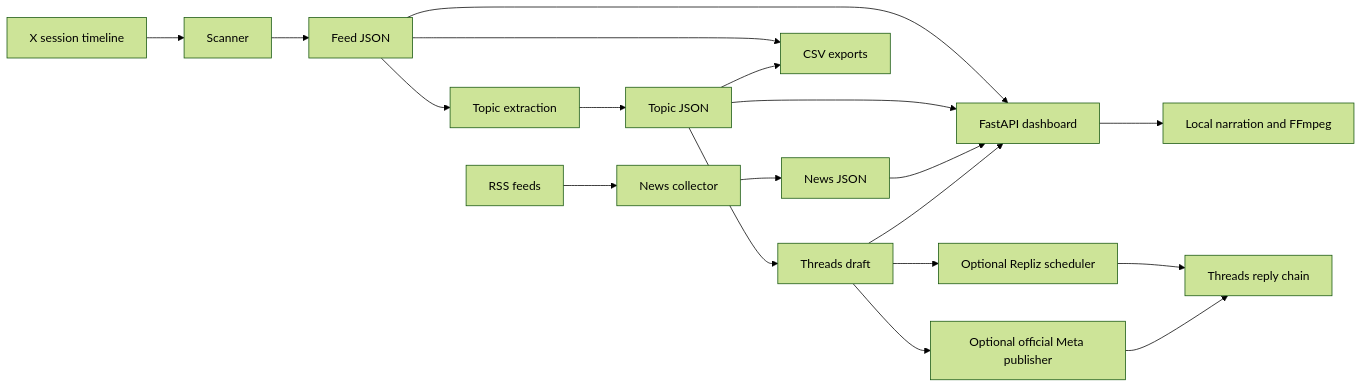
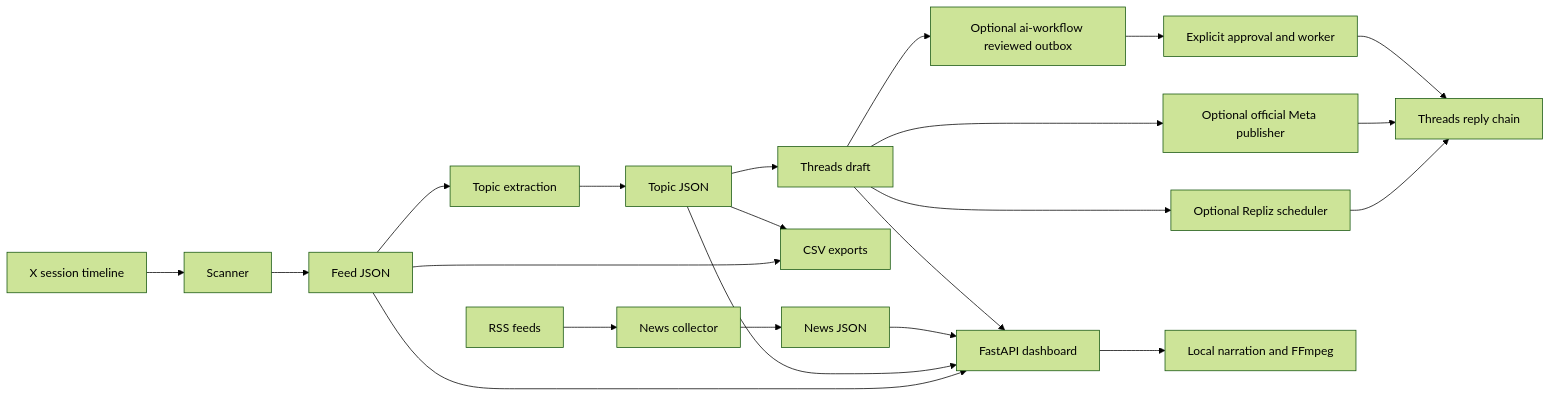
The diagram in docs/architecture.md (israhabibi/techbro-pipeline), drawn with Mermaid (forest theme) before and after one commit. The commit also changed 15 other files, not shown here.

Commit message:
feat: integrate reviewed AI workflow publishing and daily shortcuts

````diff
--- a/docs/architecture.md
+++ b/docs/architecture.md
@@ -3,21 +3,24 @@
 ```mermaid
 flowchart LR
   X[X session timeline] --> Scan[Scanner]
   RSS[RSS feeds] --> Sources[News collector]
   Scan --> Feed[Feed JSON]
   Feed --> Topics[Topic extraction]
   Topics --> TopicJSON[Topic JSON]
   TopicJSON --> Draft[Threads draft]
   Feed --> Dataset[CSV exports]
   TopicJSON --> Dataset
   Sources --> SourceJSON[News JSON]
   Feed --> Web[FastAPI dashboard]
   TopicJSON --> Web
   SourceJSON --> Web
   Draft --> Web
   Draft --> Publisher[Optional Repliz scheduler]
   Publisher --> Threads[Threads reply chain]
   Draft --> Meta[Optional official Meta publisher]
   Meta --> Threads
+  Draft --> Outbox[Optional ai-workflow reviewed outbox]
+  Outbox --> Review[Explicit approval and worker]
+  Review --> Threads
   Web --> Video[Local narration and FFmpeg]
 ```
````
